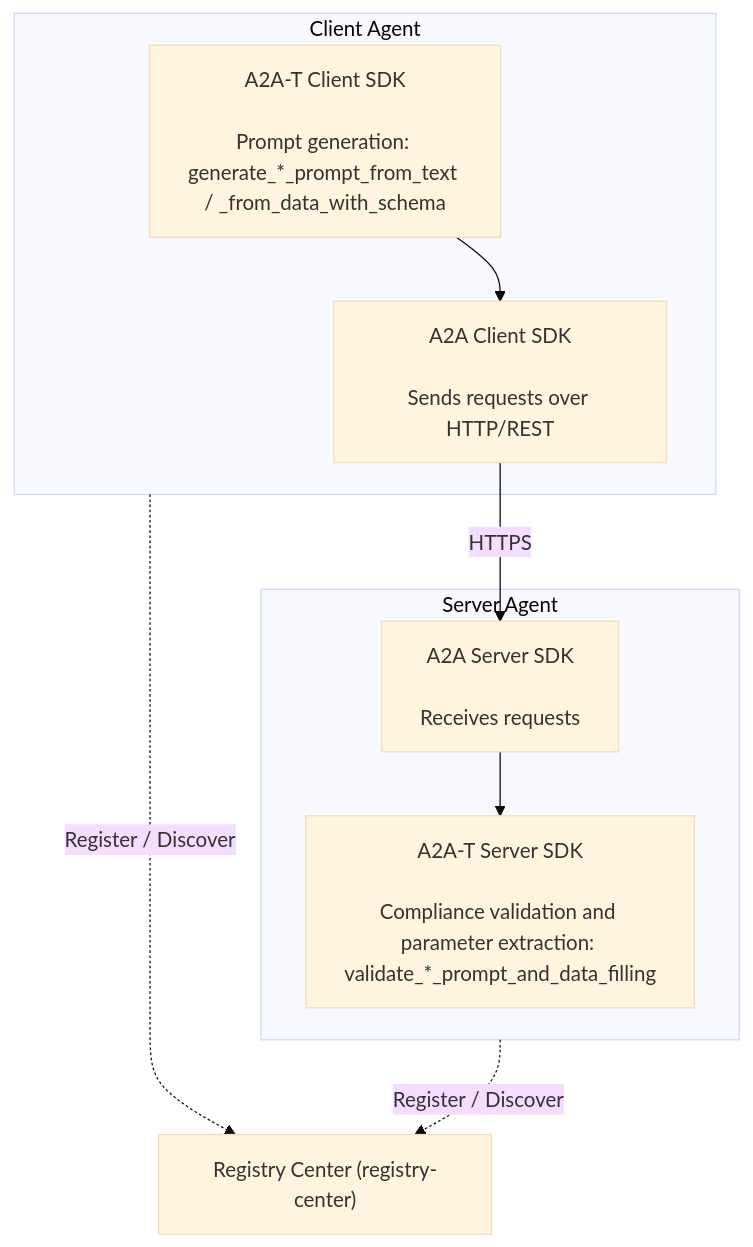
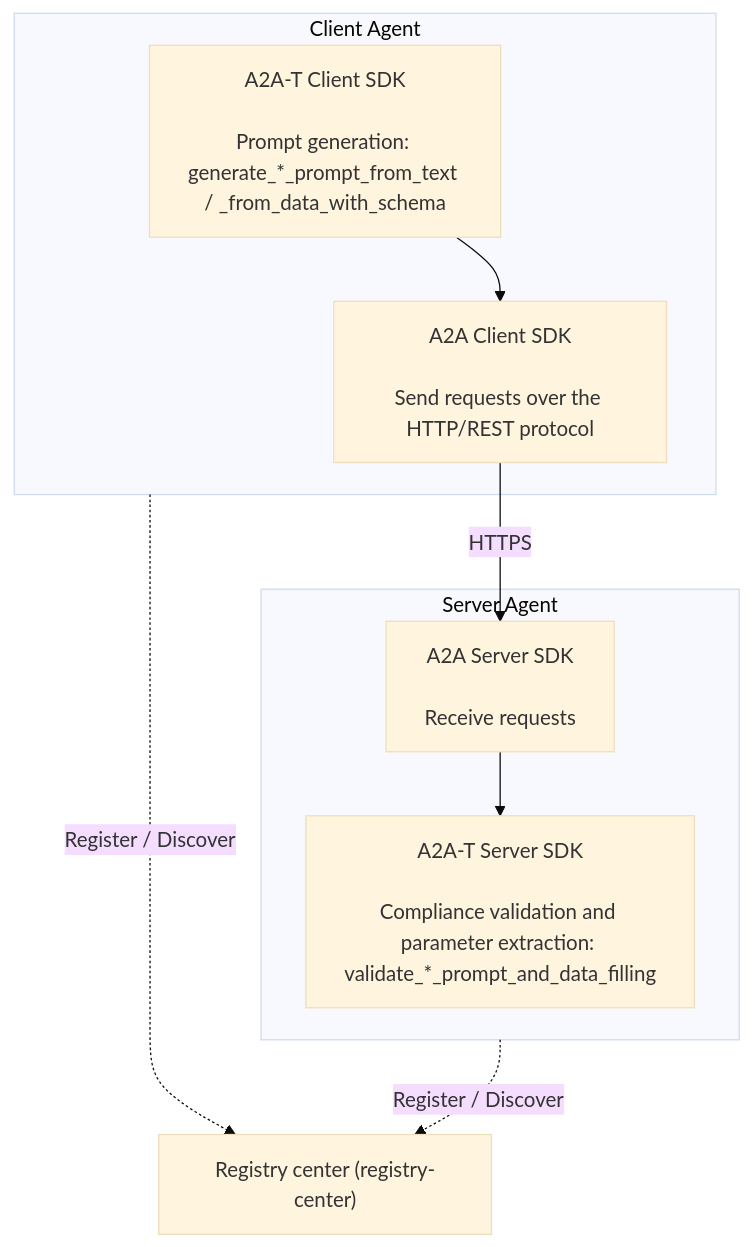
Before and after one commit to project-openan/a2a-t-sdk-python: the second of 4 diagrams in docs/en/developer_guide.md, drawn with Mermaid (base theme). The commit also changed other lines of this file and 22 other files, not shown here.

````diff
--- a/docs/en/developer_guide.md
+++ b/docs/en/developer_guide.md
@@ -59,20 +62,20 @@
 ```mermaid
 flowchart TD
     subgraph Client["Client Agent"]
         A1["A2A-T Client SDK<br><br>Prompt generation: generate_*_prompt_from_text / _from_data_with_schema"]
-        A2["A2A Client SDK<br><br>Sends requests over HTTP/REST"]
+        A2["A2A Client SDK<br><br>Send requests over the HTTP/REST protocol"]
         A1 --> A2
     end
 
     subgraph Server["Server Agent"]
         B1["A2A-T Server SDK<br><br>Compliance validation and parameter extraction: validate_*_prompt_and_data_filling"]
-        B2["A2A Server SDK<br><br>Receives requests"]
+        B2["A2A Server SDK<br><br>Receive requests"]
         B2 --> B1
     end
 
-    Registry["Registry Center (registry-center)"]
+    Registry["Registry center (registry-center)"]
 
     A2 -- HTTPS --> B2
     Client -. Register / Discover .-> Registry
     Server -. Register / Discover .-> Registry
 ```
````
